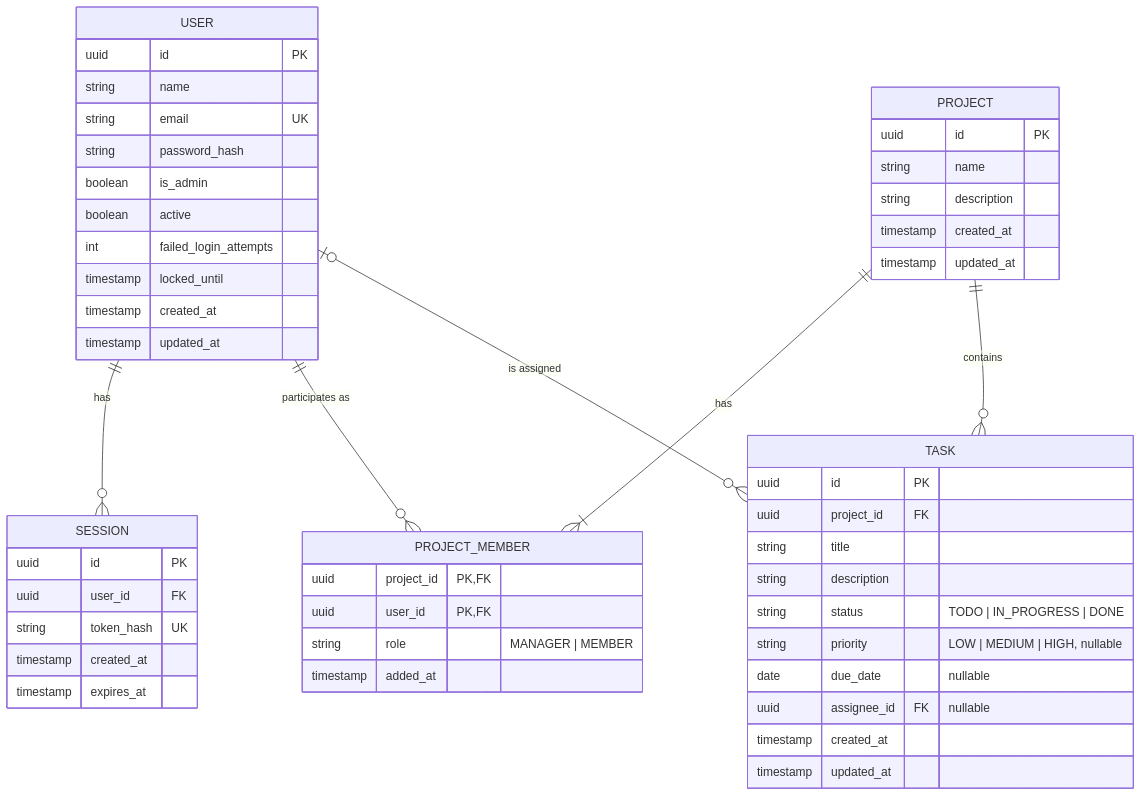
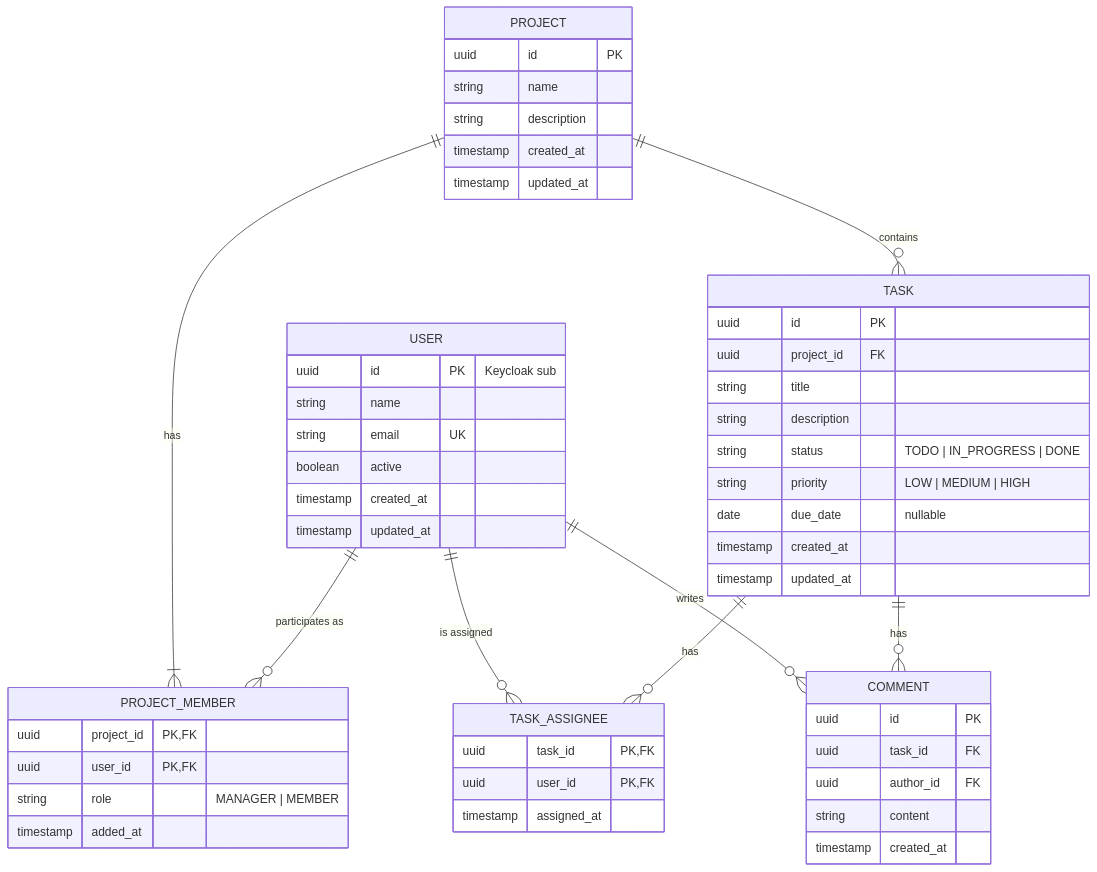
Before and after one commit to PHGil/matriz: the diagram in docs/database.md, drawn with Mermaid. The commit also changed other lines of this file and 6 other files, not shown here.

````diff
--- a/docs/database.md
+++ b/docs/database.md
@@ -80,57 +85,60 @@
 ```mermaid
 erDiagram
-    USER ||--o{ SESSION : "has"
     USER ||--o{ PROJECT_MEMBER : "participates as"
     PROJECT ||--|{ PROJECT_MEMBER : "has"
     PROJECT ||--o{ TASK : "contains"
-    USER |o--o{ TASK : "is assigned"
+    TASK ||--o{ TASK_ASSIGNEE : "has"
+    USER ||--o{ TASK_ASSIGNEE : "is assigned"
+    TASK ||--o{ COMMENT : "has"
+    USER ||--o{ COMMENT : "writes"
 
     USER {
-        uuid id PK
+        uuid id PK "Keycloak sub"
         string name
         string email UK
-        string password_hash
-        boolean is_admin
         boolean active
-        int failed_login_attempts
-        timestamp locked_until
         timestamp created_at
         timestamp updated_at
-    }
-
-    SESSION {
-        uuid id PK
-        uuid user_id FK
-        string token_hash UK
-        timestamp created_at
-        timestamp expires_at
     }
 
     PROJECT {
         uuid id PK
         string name
         string description
         timestamp created_at
         timestamp updated_at
     }
 
     PROJECT_MEMBER {
         uuid project_id PK, FK
         uuid user_id PK, FK
         string role "MANAGER | MEMBER"
         timestamp added_at
     }
 
     TASK {
         uuid id PK
         uuid project_id FK
         string title
         string description
         string status "TODO | IN_PROGRESS | DONE"
-        string priority "LOW | MEDIUM | HIGH, nullable"
+        string priority "LOW | MEDIUM | HIGH"
         date due_date "nullable"
-        uuid assignee_id FK "nullable"
         timestamp created_at
         timestamp updated_at
     }
+
+    TASK_ASSIGNEE {
+        uuid task_id PK, FK
+        uuid user_id PK, FK
+        timestamp assigned_at
+    }
+
+    COMMENT {
+        uuid id PK
+        uuid task_id FK
+        uuid author_id FK
+        string content
+        timestamp created_at
+    }
 ```
````
